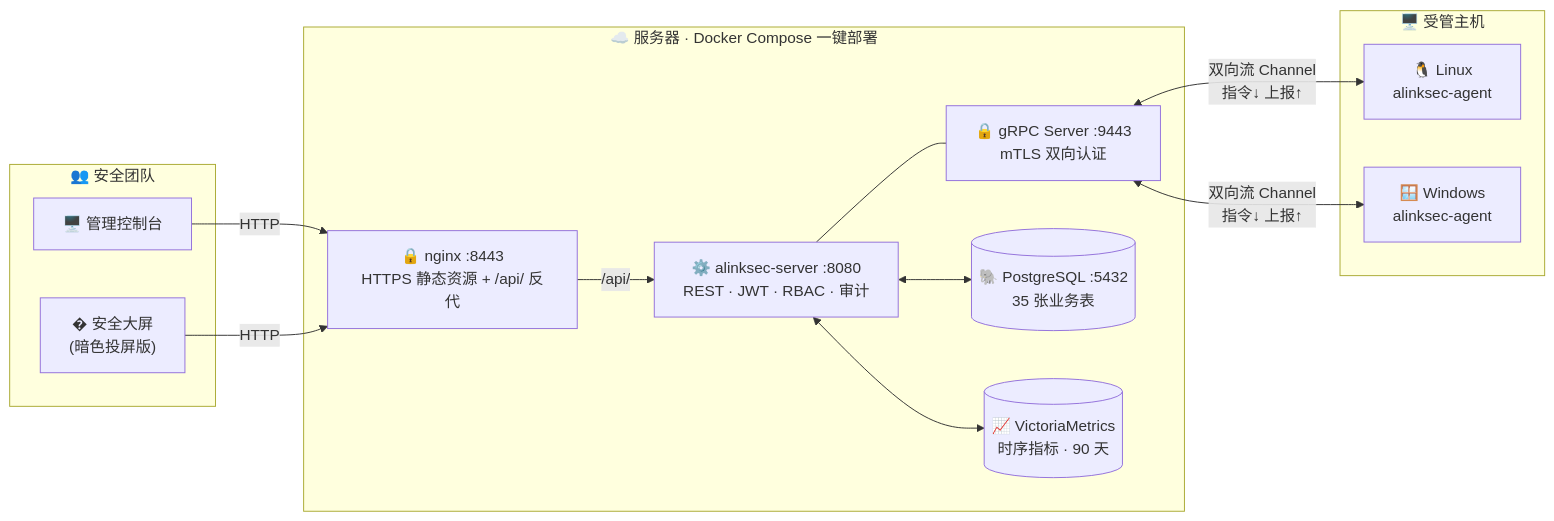
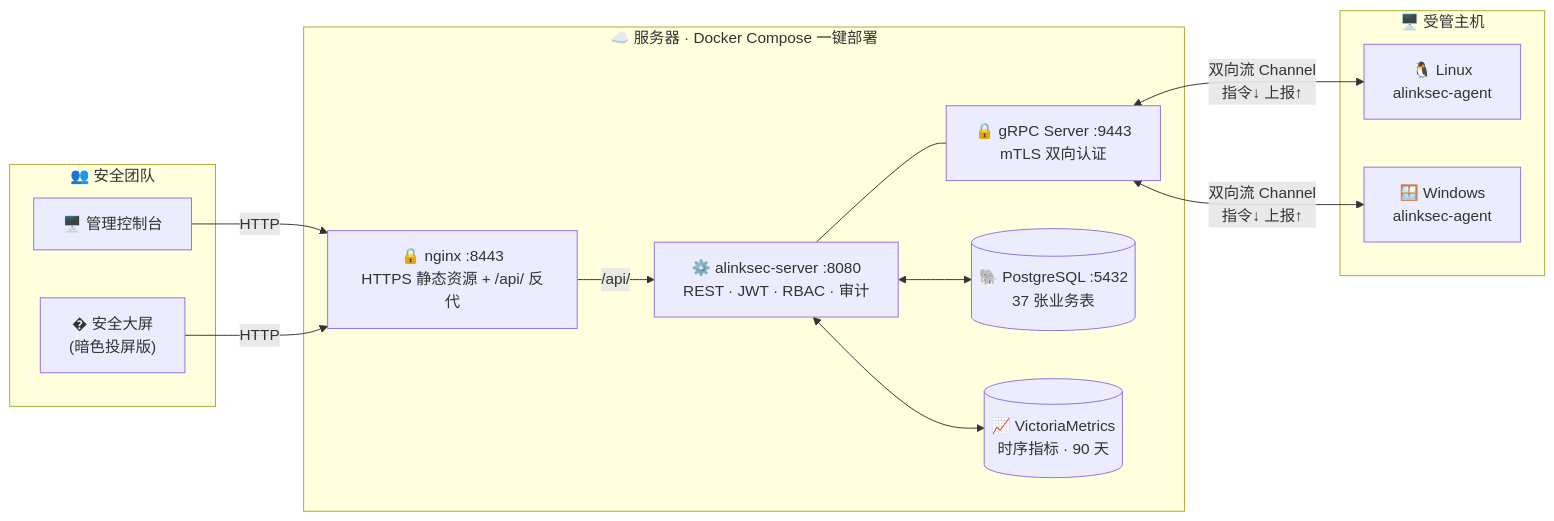
One commit to wybroot/alinksec changed the first of 4 diagrams in README.md. Above: the diagram before and after it, drawn with Mermaid. The commit also changed other lines of this file and 12 other files, not shown here.

````diff
--- a/README.md
+++ b/README.md
@@ -71,26 +71,26 @@
 ```mermaid
 flowchart LR
     subgraph CLIENT["👥 安全团队"]
         B1["🖥️ 管理控制台"]
         B2["� 安全大屏<br/>(暗色投屏版)"]
     end
 
     subgraph SERVER["☁️ 服务器 · Docker Compose 一键部署"]
         NGINX["🔒 nginx :8443<br/>HTTPS 静态资源 + /api/ 反代"]
         SRV["⚙️ alinksec-server :8080<br/>REST · JWT · RBAC · 审计"]
         GRPC["🔒 gRPC Server :9443<br/>mTLS 双向认证"]
-        PG[("🐘 PostgreSQL :5432<br/>35 张业务表")]
+        PG[("🐘 PostgreSQL :5432<br/>37 张业务表")]
         VM[("📈 VictoriaMetrics<br/>时序指标 · 90 天")]
     end
 
     subgraph HOSTS["🖥️ 受管主机"]
         A1["🐧 Linux<br/>alinksec-agent"]
         A2["🪟 Windows<br/>alinksec-agent"]
     end
 
     B1 & B2 -->|HTTP| NGINX -->|/api/| SRV
     SRV <--> PG
     SRV <--> VM
     GRPC <-->|"双向流 Channel<br/>指令↓ 上报↑"| A1 & A2
     SRV --- GRPC
 ```
````
